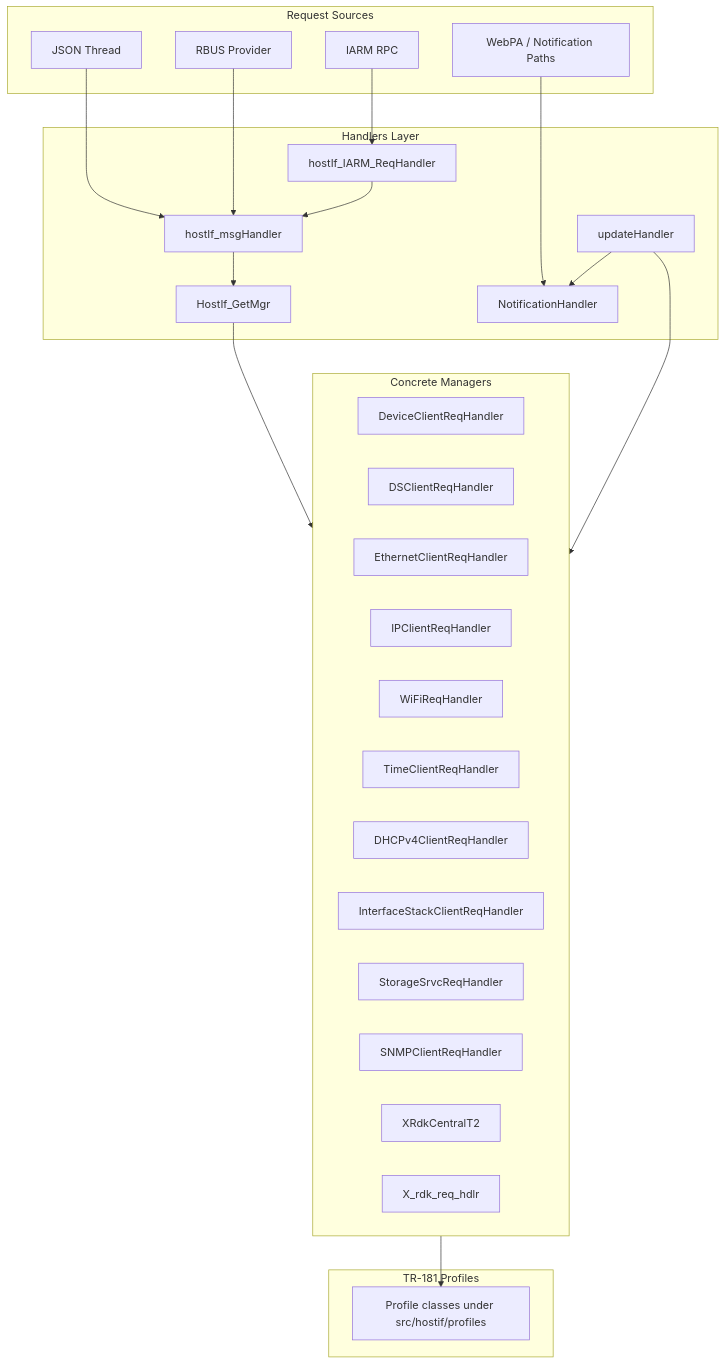
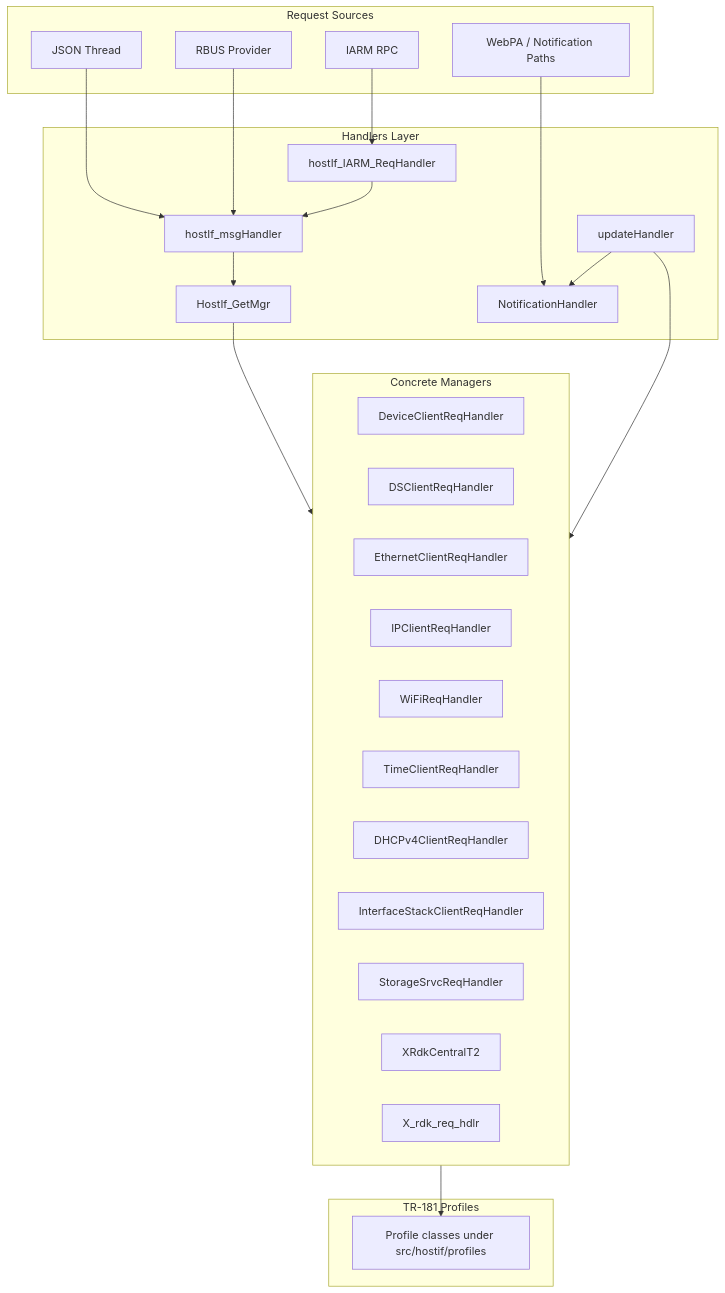
The first of 2 diagrams in src/hostif/handlers/docs/README.md (rdkcentral/tr69hostif), drawn with Mermaid before and after one commit. The commit also changed other lines of this file and 36 other files, not shown here.

````diff
--- a/src/hostif/handlers/docs/README.md
+++ b/src/hostif/handlers/docs/README.md
@@ -33,47 +33,46 @@
 ```mermaid
 graph TB
     subgraph Inputs[Request Sources]
         IARM[IARM RPC]
         JSON[JSON Thread]
         RBUS[RBUS Provider]
         WEBPA[WebPA / Notification Paths]
     end
 
     subgraph Handlers[Handlers Layer]
         IARMH[hostIf_IARM_ReqHandler]
         MSG[hostIf_msgHandler]
         LOOKUP[HostIf_GetMgr]
         UPD[updateHandler]
         NOTIF[NotificationHandler]
     end
 
     subgraph Managers[Concrete Managers]
         DEV[DeviceClientReqHandler]
         DS[DSClientReqHandler]
         ETH[EthernetClientReqHandler]
         IP[IPClientReqHandler]
         WIFI[WiFiReqHandler]
         TIME[TimeClientReqHandler]
         DHCP[DHCPv4ClientReqHandler]
         IFS[InterfaceStackClientReqHandler]
         STOR[StorageSrvcReqHandler]
-        SNMP[SNMPClientReqHandler]
         T2[XRdkCentralT2]
         XRDK[X_rdk_req_hdlr]
     end
 
     subgraph Profiles[TR-181 Profiles]
         PROFILE[Profile classes under src/hostif/profiles]
     end
 
     IARM --> IARMH
     JSON --> MSG
     RBUS --> MSG
     WEBPA --> NOTIF
     IARMH --> MSG
     MSG --> LOOKUP
     LOOKUP --> Managers
     Managers --> PROFILE
     UPD --> Managers
     UPD --> NOTIF
 ```
````
